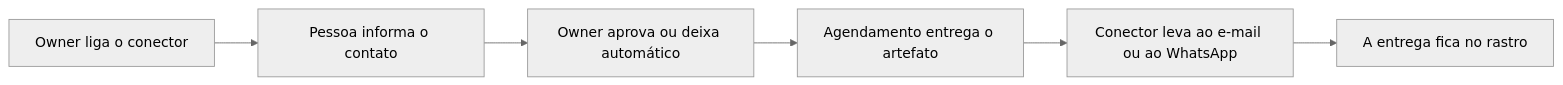
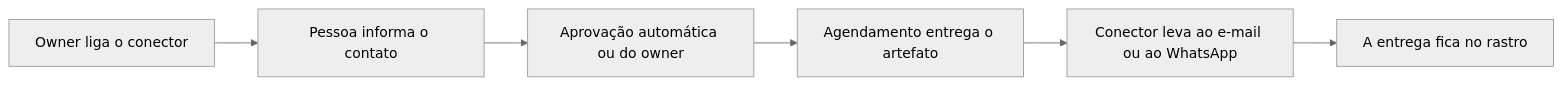
The diagram in docs/leitura/mfs/mf-113-conectores-de-saida.md (fabioabr/horus-v2-docs), drawn with Mermaid (neutral theme) before and after one commit. The commit also changed other lines of this file and 25 other files, not shown here.

````diff
--- a/docs/leitura/mfs/mf-113-conectores-de-saida.md
+++ b/docs/leitura/mfs/mf-113-conectores-de-saida.md
@@ -95,8 +104,8 @@
 ```mermaid
 flowchart LR
   a[Owner liga o conector] --> b[Pessoa informa o contato]
-  b --> c[Owner aprova ou deixa automático]
+  b --> c[Aprovação automática ou do owner]
   c --> d[Agendamento entrega o artefato]
   d --> e[Conector leva ao e-mail ou ao WhatsApp]
   e --> f[A entrega fica no rastro]
 ```
````
